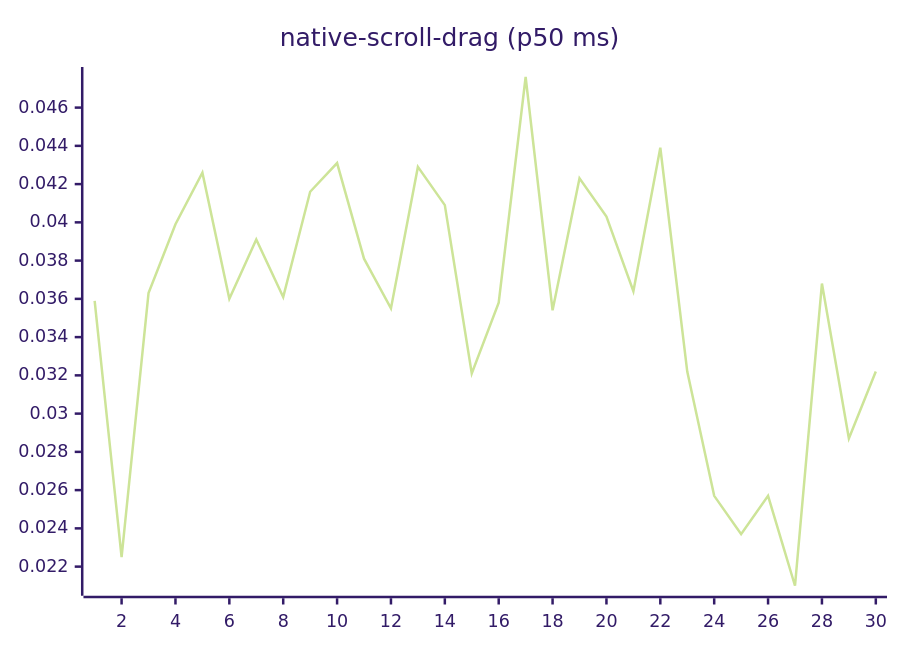
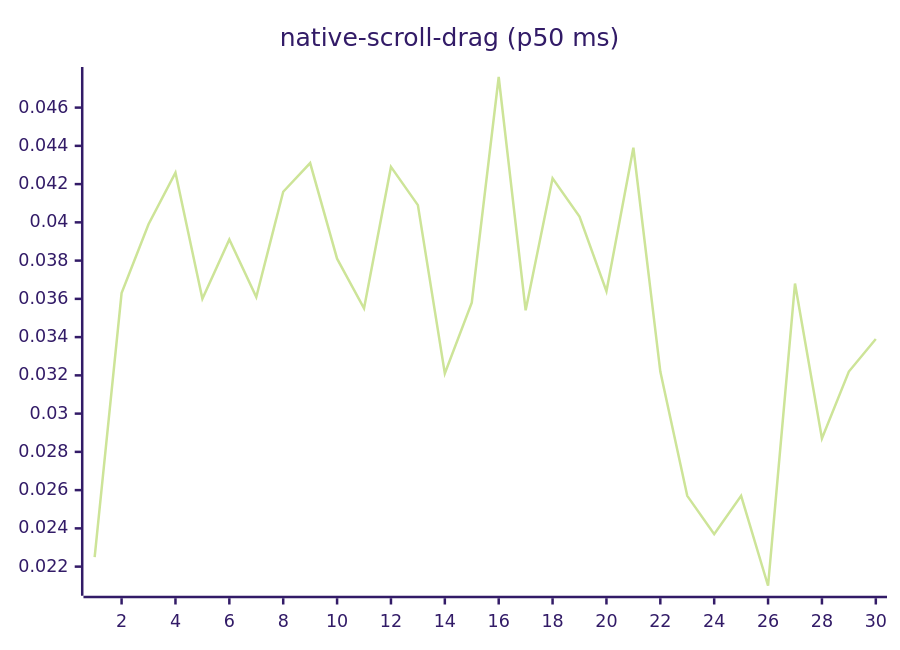
One commit to josha/Facet changed diagram 14 of 27 in README.md. Above: the diagram before and after it, drawn with Mermaid (forest theme). The commit also changed other lines of this file and 2 other files, not shown here.

````diff
--- a/README.md
+++ b/README.md
@@ -154,6 +154,6 @@
 ```mermaid
 xychart-beta
     title "native-scroll-drag (p50 ms)"
     x-axis 1 --> 30
-    line [0.0359, 0.0225, 0.0363, 0.0399, 0.0426, 0.0360, 0.0391, 0.0361, 0.0416, 0.0431, 0.0381, 0.0355, 0.0429, 0.0409, 0.0321, 0.0358, 0.0476, 0.0354, 0.0423, 0.0403, 0.0364, 0.0439, 0.0322, 0.0257, 0.0237, 0.0257, 0.0210, 0.0368, 0.0287, 0.0322]
+    line [0.0225, 0.0363, 0.0399, 0.0426, 0.0360, 0.0391, 0.0361, 0.0416, 0.0431, 0.0381, 0.0355, 0.0429, 0.0409, 0.0321, 0.0358, 0.0476, 0.0354, 0.0423, 0.0403, 0.0364, 0.0439, 0.0322, 0.0257, 0.0237, 0.0257, 0.0210, 0.0368, 0.0287, 0.0322, 0.0339]
 ```
````
